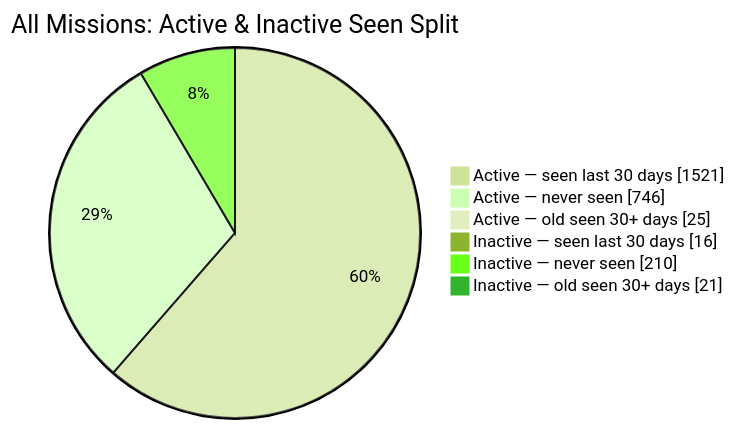
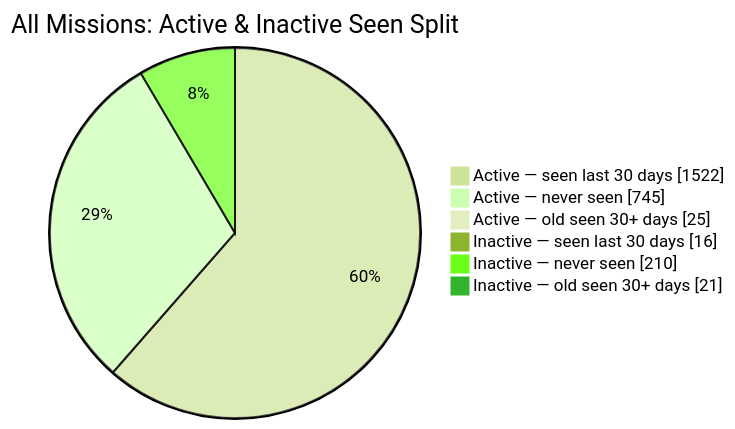
One commit to MeldkamerspelGameTeam/active-missions changed the second of 2 diagrams in README.md. Above: the diagram before and after it, drawn with Mermaid (forest theme). The commit also changed other lines of this file and 2 other files, not shown here.

````diff
--- a/README.md
+++ b/README.md
@@ -44,10 +44,10 @@
 ```mermaid
 pie showData
     title All Missions: Active & Inactive Seen Split
-    "Active — seen last 30 days" : 1521
-    "Active — never seen" : 746
+    "Active — seen last 30 days" : 1522
+    "Active — never seen" : 745
     "Active — old seen 30+ days" : 25
     "Inactive — seen last 30 days" : 16
     "Inactive — never seen" : 210
     "Inactive — old seen 30+ days" : 21
 ```
````
